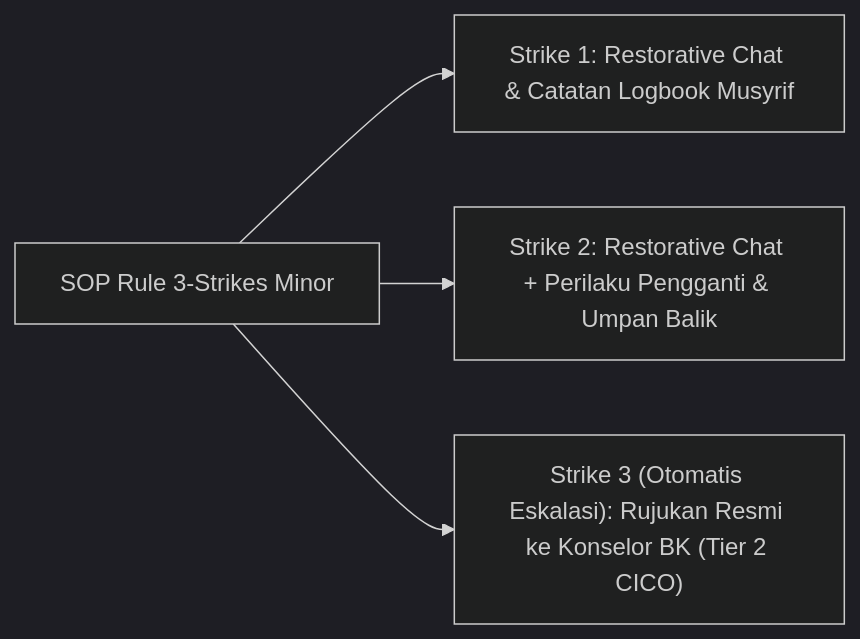
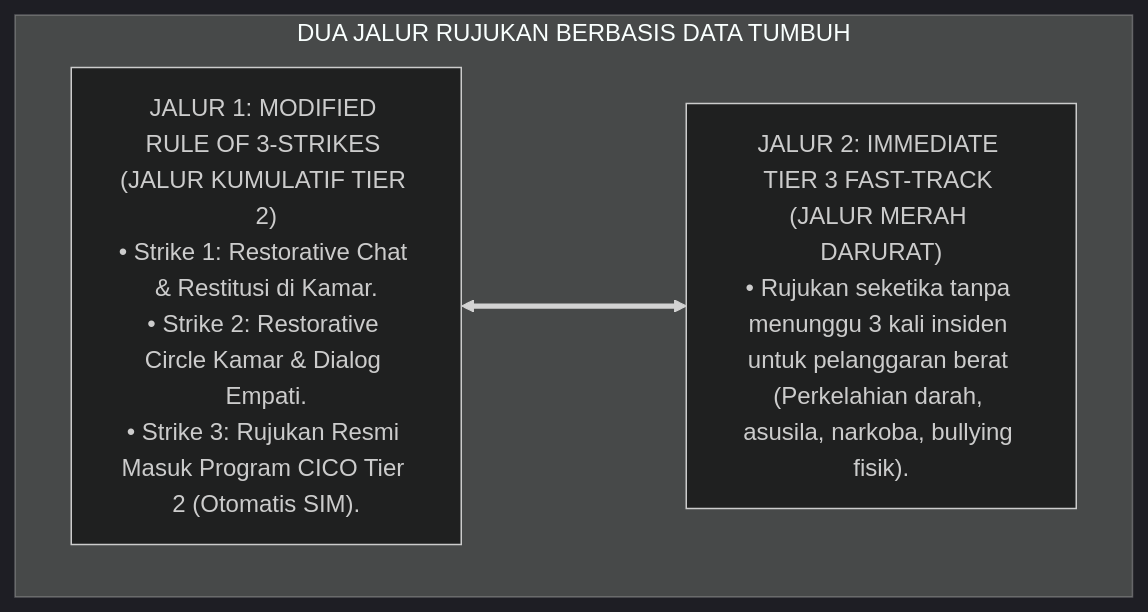
One commit to wandiapriliyandi/tumbuh changed the fifth of 5 diagrams in 06 Intervention Framework/03 Decision Rules/P6-03-02-Aturan-Rujukan-Rule-3-Strikes-dan-Immediate-Tier3.md. Above: the diagram before and after it, drawn with Mermaid (dark theme). The commit also changed other lines of this file and 5 other files, not shown here.

````diff
--- a/06 Intervention Framework/03 Decision Rules/P6-03-02-Aturan-Rujukan-Rule-3-Strikes-dan-Immediate-Tier3.md
+++ b/06 Intervention Framework/03 Decision Rules/P6-03-02-Aturan-Rujukan-Rule-3-Strikes-dan-Immediate-Tier3.md
@@ -14,7 +155,10 @@
 ```mermaid
-graph LR
-    StrikesRule["SOP Rule 3-Strikes Minor"]
-    StrikesRule --> Incident1["Strike 1: Restorative Chat & Catatan Logbook Musyrif"]
-    StrikesRule --> Incident2["Strike 2: Restorative Chat + Perilaku Pengganti & Umpan Balik"]
-    StrikesRule --> Incident3["Strike 3 (Otomatis Eskalasi): Rujukan Resmi ke Konselor BK (Tier 2 CICO)"]
+flowchart TD
+    subgraph DuaJalurRujukanResmi["DUA JALUR RUJUKAN BERBASIS DATA TUMBUH"]
+        J1["JALUR 1: MODIFIED RULE OF 3-STRIKES (JALUR KUMULATIF TIER 2)<br/>• Strike 1: Restorative Chat & Restitusi di Kamar.<br/>• Strike 2: Restorative Circle Kamar & Dialog Empati.<br/>• Strike 3: Rujukan Resmi Masuk Program CICO Tier 2 (Otomatis SIM)."]
+        
+        J2["JALUR 2: IMMEDIATE TIER 3 FAST-TRACK (JALUR MERAH DARURAT)<br/>• Rujukan seketika tanpa menunggu 3 kali insiden untuk pelanggaran berat (Perkelahian darah, asusila, narkoba, bullying fisik)."]
+        
+        J1 <===> J2
+    end
 ```
````
